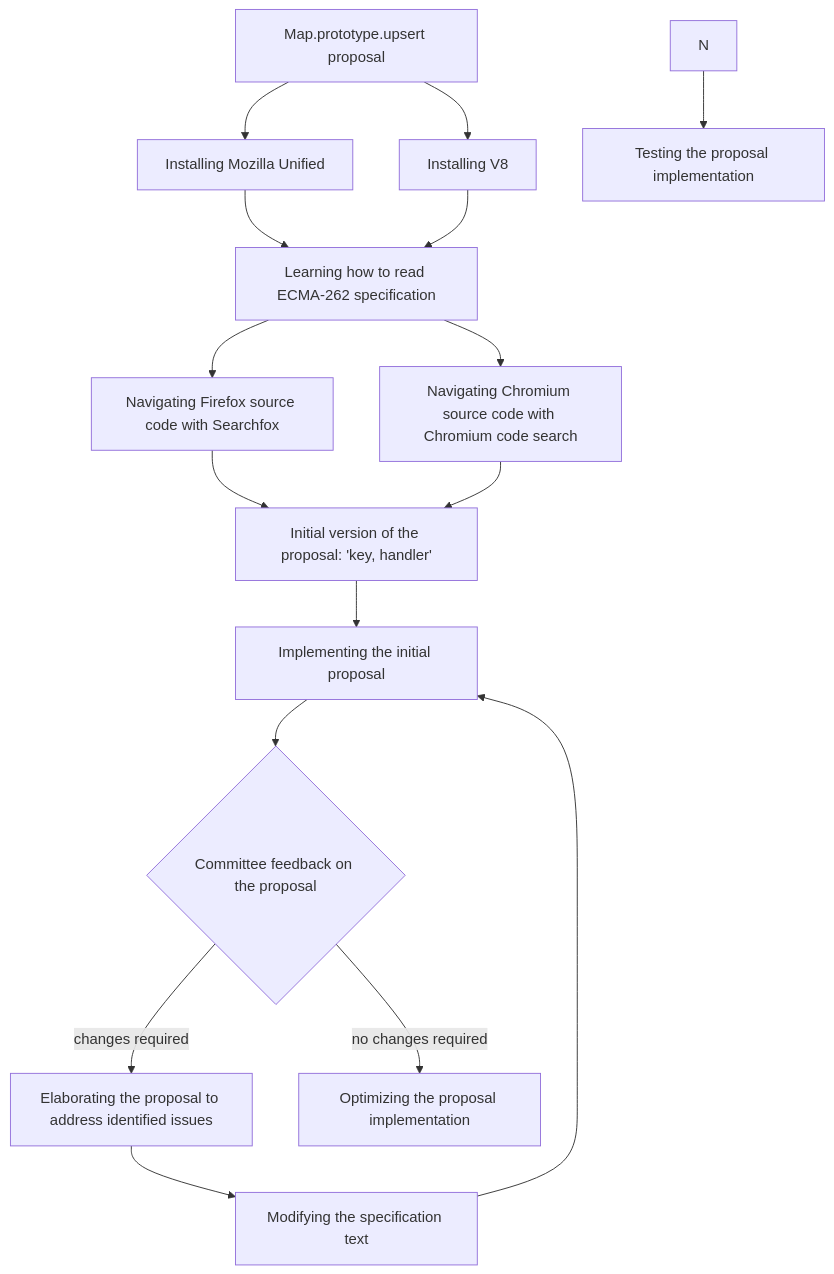
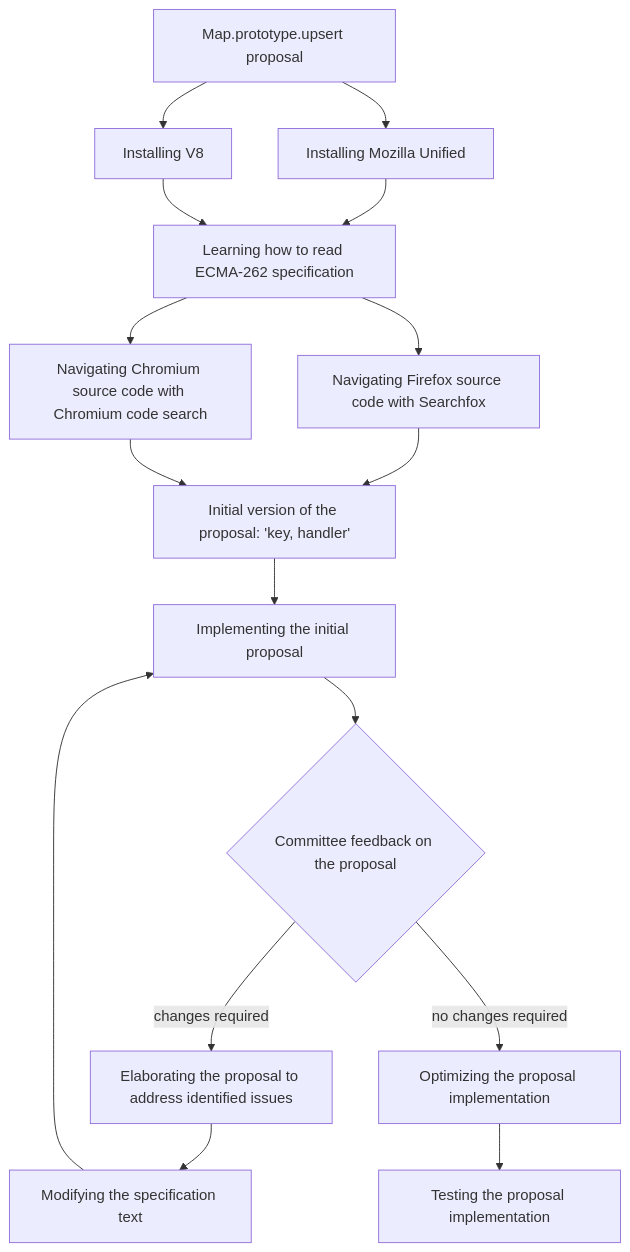
The diagram in README.md (bldl/emplace-spidermonkey), drawn with Mermaid before and after one commit.

Commit message:
Fixed error in flowchart

````diff
--- a/README.md
+++ b/README.md
@@ -42,19 +42,19 @@
 ```mermaid
 flowchart TD
   A[Map.prototype.upsert proposal];
   A --> B[Installing Mozilla Unified];
   A --> C[Installing V8];
   B --> D[Learning how to read ECMA-262 specification];
   C --> D;
   D --> E[Navigating Firefox source code with Searchfox];
   D --> F[Navigating Chromium source code with Chromium code search];
   E --> G[Initial version of the proposal: 'key, handler'];
   F --> G;
   G --> H[Implementing the initial proposal];
   H --> I{Committee feedback on the proposal};
   I --> |changes required| J[Elaborating the proposal to address identified issues];
   J --> K[Modifying the specification text];
   K --> H;
   I --> |no changes required| M[Optimizing the proposal implementation];
-  N --> O[Testing the proposal implementation];
+  M --> N[Testing the proposal implementation];
 ```
````
